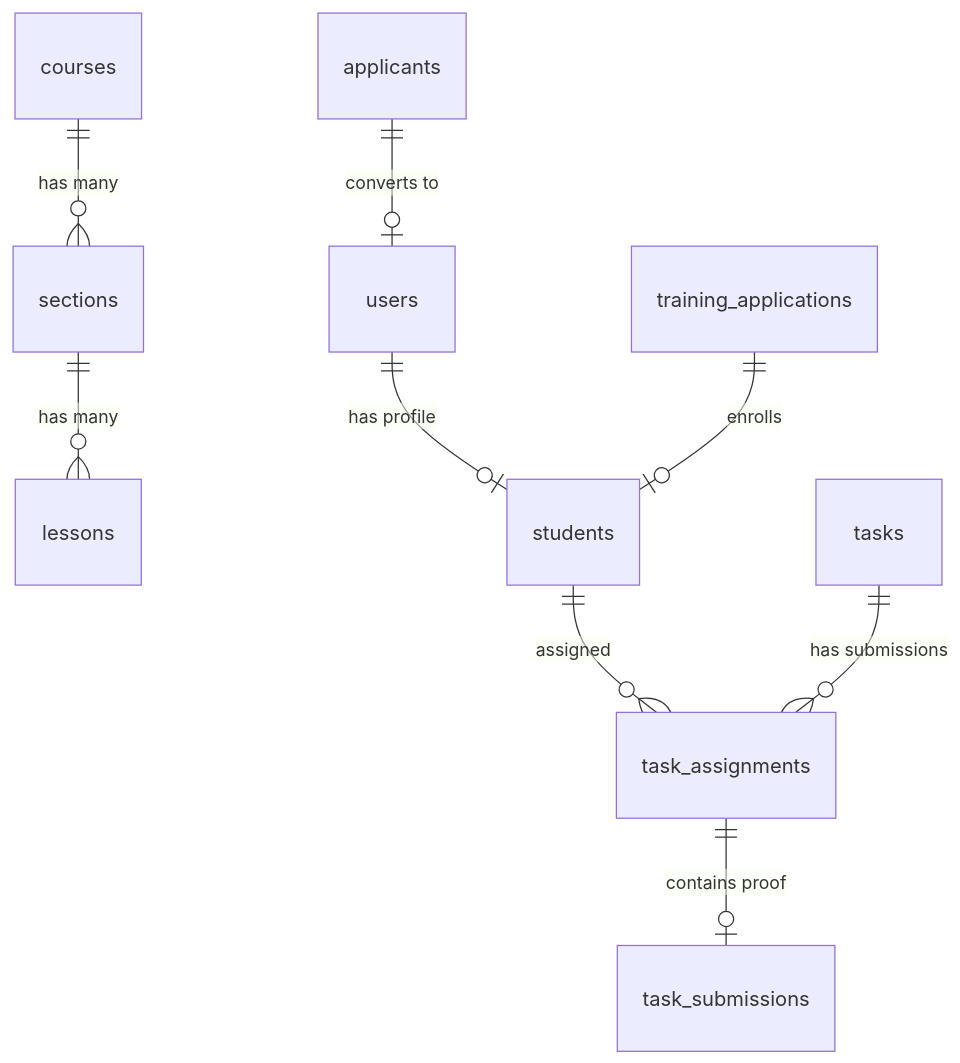
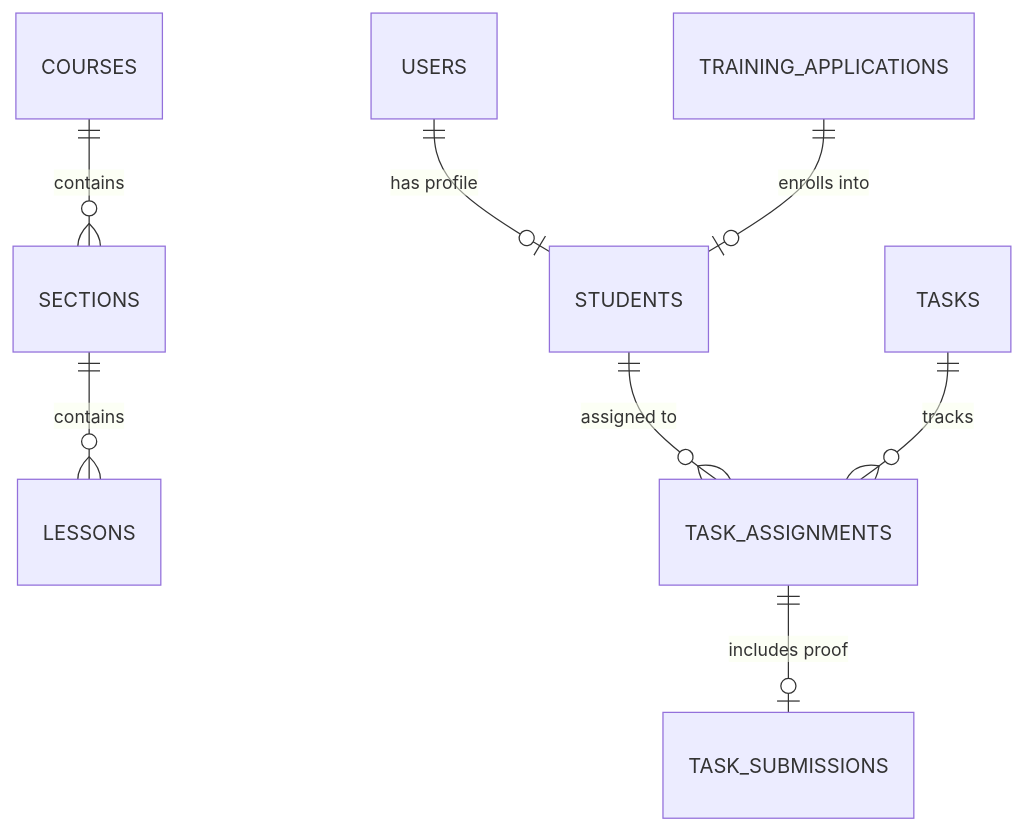
The diagram in README.md (UmarAjmal/Omni-LMS), drawn with Mermaid before and after one commit. The commit also changed other lines of this file, not shown here.

````diff
--- a/README.md
+++ b/README.md
@@ -106,11 +108,10 @@
 ```mermaid
 erDiagram
-    courses ||--o{ sections : "has many"
-    sections ||--o{ lessons : "has many"
-    users ||--o| students : "has profile"
-    students ||--o{ task_assignments : "assigned"
-    tasks ||--o{ task_assignments : "has submissions"
-    task_assignments ||--o| task_submissions : "contains proof"
-    applicants ||--o| users : "converts to"
-    training_applications ||--o| students : "enrolls"
+    COURSES ||--o{ SECTIONS : "contains"
+    SECTIONS ||--o{ LESSONS : "contains"
+    USERS ||--o| STUDENTS : "has profile"
+    STUDENTS ||--o{ TASK_ASSIGNMENTS : "assigned to"
+    TASKS ||--o{ TASK_ASSIGNMENTS : "tracks"
+    TASK_ASSIGNMENTS ||--o| TASK_SUBMISSIONS : "includes proof"
+    TRAINING_APPLICATIONS ||--o| STUDENTS : "enrolls into"
 ```
````
